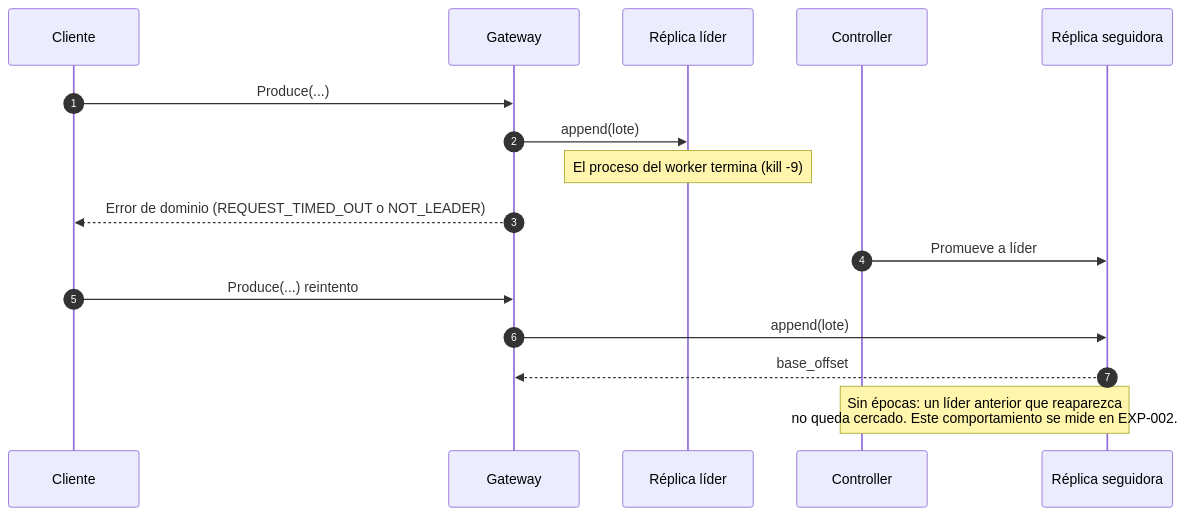
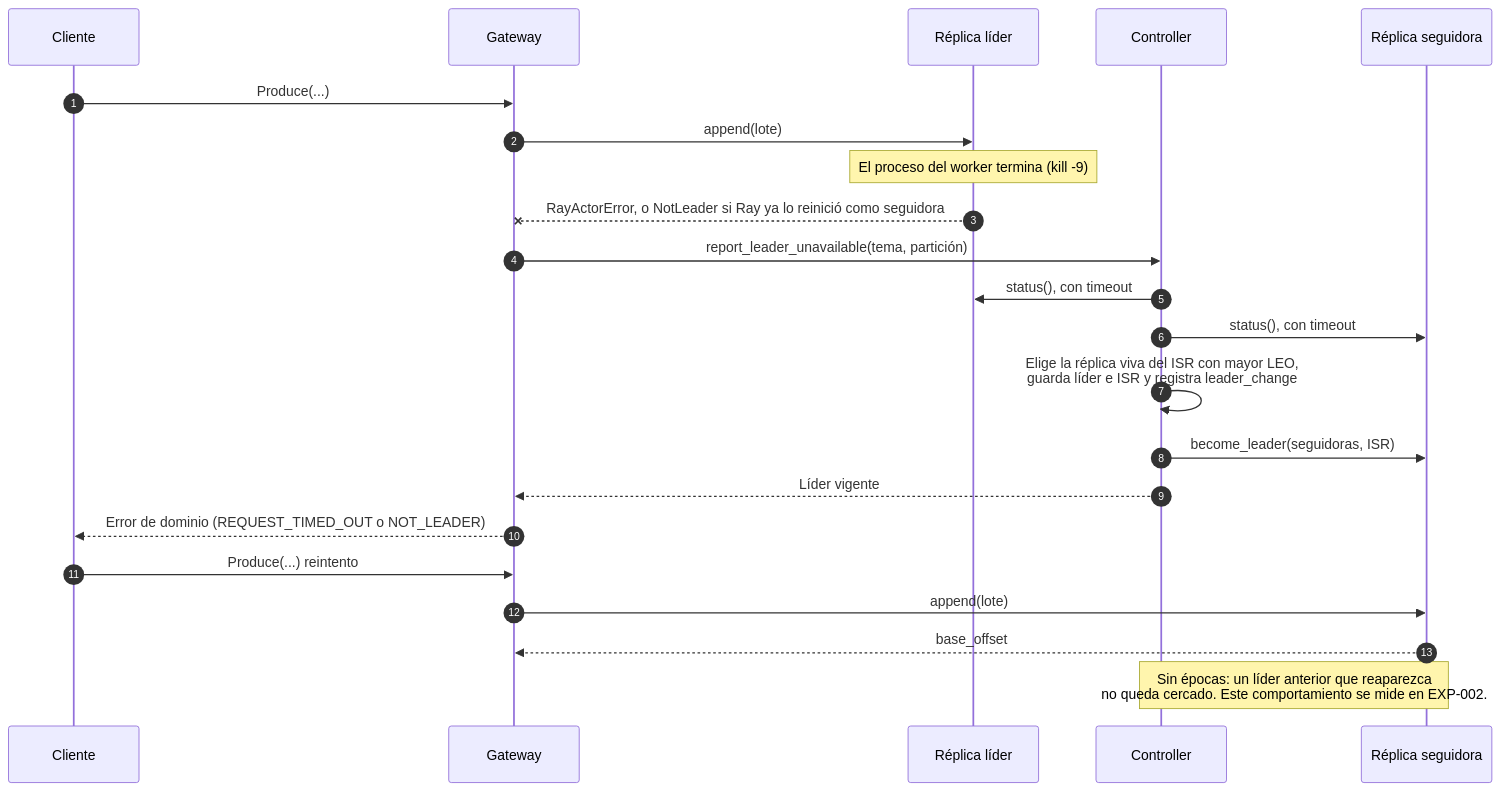
The third of 3 diagrams in docs/phase-1-ray/dependencies.md (alinadelanoval/bitacora), drawn with Mermaid before and after one commit. The commit also changed other lines of this file and 1 other file, not shown here.

Commit message:
docs(phase-1): describe replication, ISR and leader promotion

````diff
--- a/docs/phase-1-ray/dependencies.md
+++ b/docs/phase-1-ray/dependencies.md
@@ -117,19 +136,25 @@
 ```mermaid
 sequenceDiagram
     autonumber
     participant C as Cliente
     participant G as Gateway
     participant L as Réplica líder
     participant K as Controller
     participant F as Réplica seguidora
 
     C->>G: Produce(...)
     G->>L: append(lote)
     Note over L: El proceso del worker termina (kill -9)
+    L--xG: RayActorError, o NotLeader si Ray ya lo reinició como seguidora
+    G->>K: report_leader_unavailable(tema, partición)
+    K->>L: status(), con timeout
+    K->>F: status(), con timeout
+    K->>K: Elige la réplica viva del ISR con mayor LEO,<br/>guarda líder e ISR y registra leader_change
+    K->>F: become_leader(seguidoras, ISR)
+    K-->>G: Líder vigente
     G-->>C: Error de dominio (REQUEST_TIMED_OUT o NOT_LEADER)
-    K->>F: Promueve a líder
     C->>G: Produce(...) reintento
     G->>F: append(lote)
     F-->>G: base_offset
     Note over K,F: Sin épocas: un líder anterior que reaparezca<br/>no queda cercado. Este comportamiento se mide en EXP-002.
 ```
````
